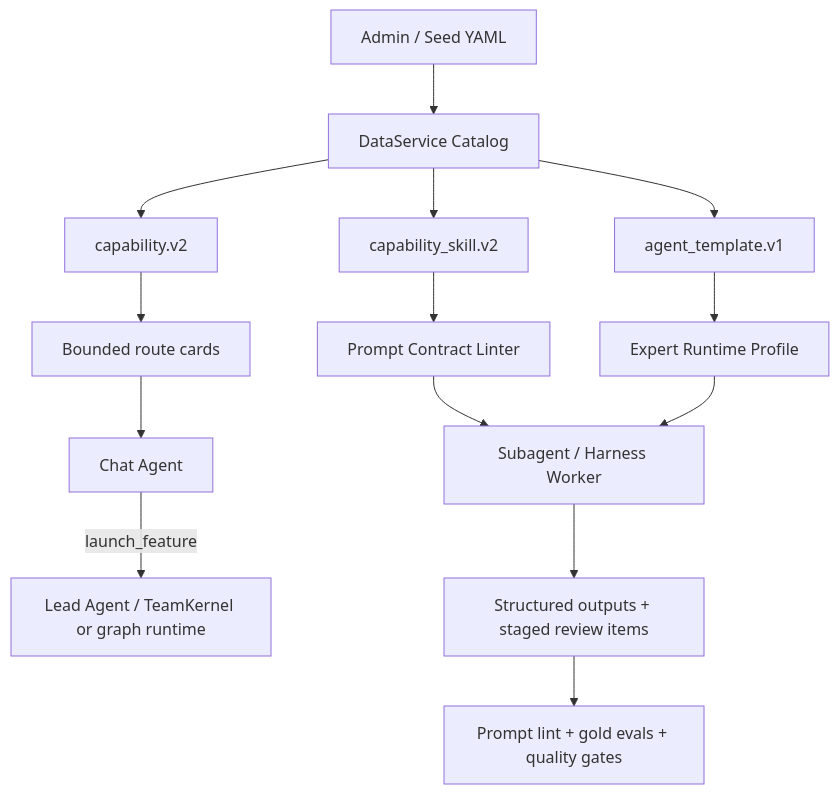
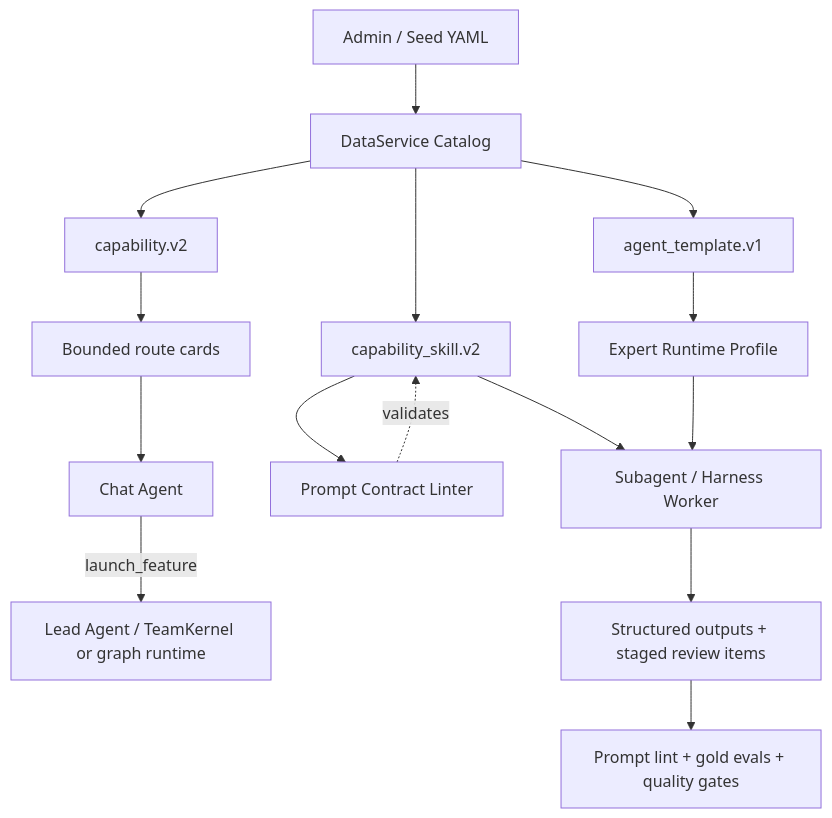
The diagram in docs/superpowers/specs/2026-06-15-capability-prompt-system-v1-design.md (Nye-2/wenjin), drawn with Mermaid before and after one commit. The commit also changed other lines of this file, not shown here.

Commit message:
docs: harden capability prompt system spec

````diff
--- a/docs/superpowers/specs/2026-06-15-capability-prompt-system-v1-design.md
+++ b/docs/superpowers/specs/2026-06-15-capability-prompt-system-v1-design.md
@@ -89,18 +89,19 @@
 ```mermaid
 flowchart TD
   Admin["Admin / Seed YAML"] --> Catalog["DataService Catalog"]
   Catalog --> Cap["capability.v2"]
   Catalog --> Skill["capability_skill.v2"]
   Catalog --> Template["agent_template.v1"]
 
   Cap --> RouteCards["Bounded route cards"]
   RouteCards --> Chat["Chat Agent"]
   Chat -->|"launch_feature"| Lead["Lead Agent / TeamKernel or graph runtime"]
 
   Skill --> SkillPrompt["Prompt Contract Linter"]
   Template --> ExpertProfile["Expert Runtime Profile"]
-  SkillPrompt --> Worker["Subagent / Harness Worker"]
+  Skill --> Worker["Subagent / Harness Worker"]
+  SkillPrompt -. validates .-> Skill
   ExpertProfile --> Worker
   Worker --> Outputs["Structured outputs + staged review items"]
   Outputs --> Evals["Prompt lint + gold evals + quality gates"]
 ```
````
